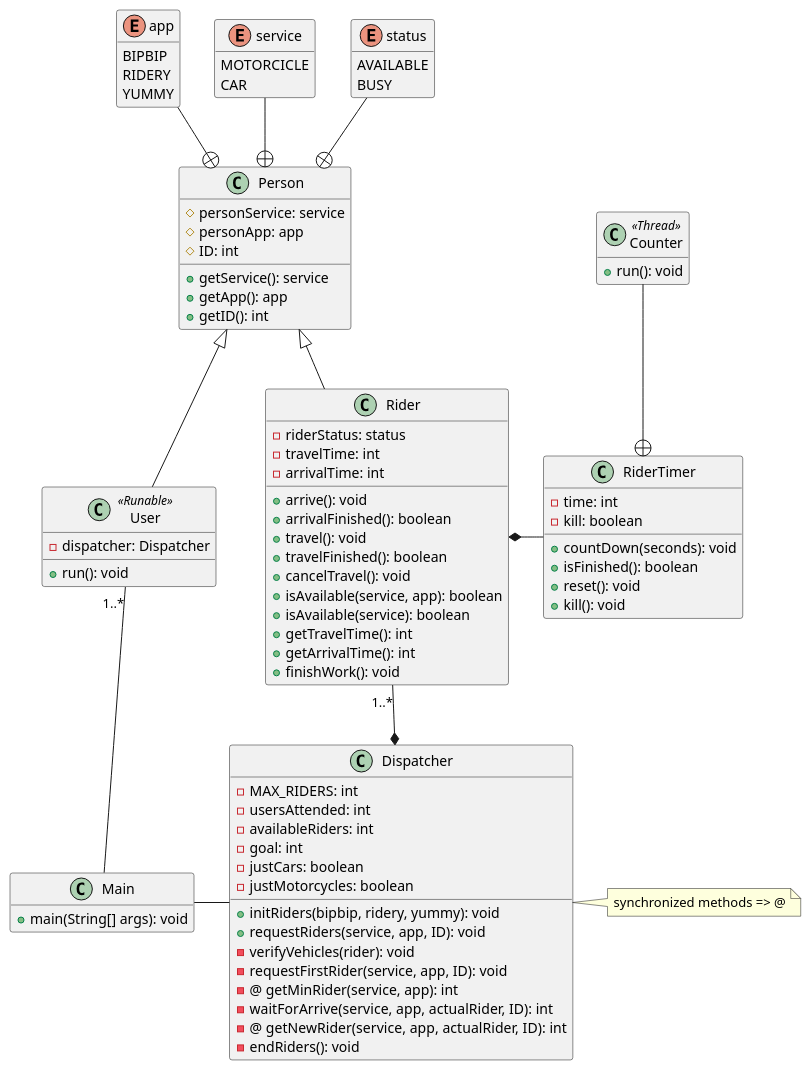
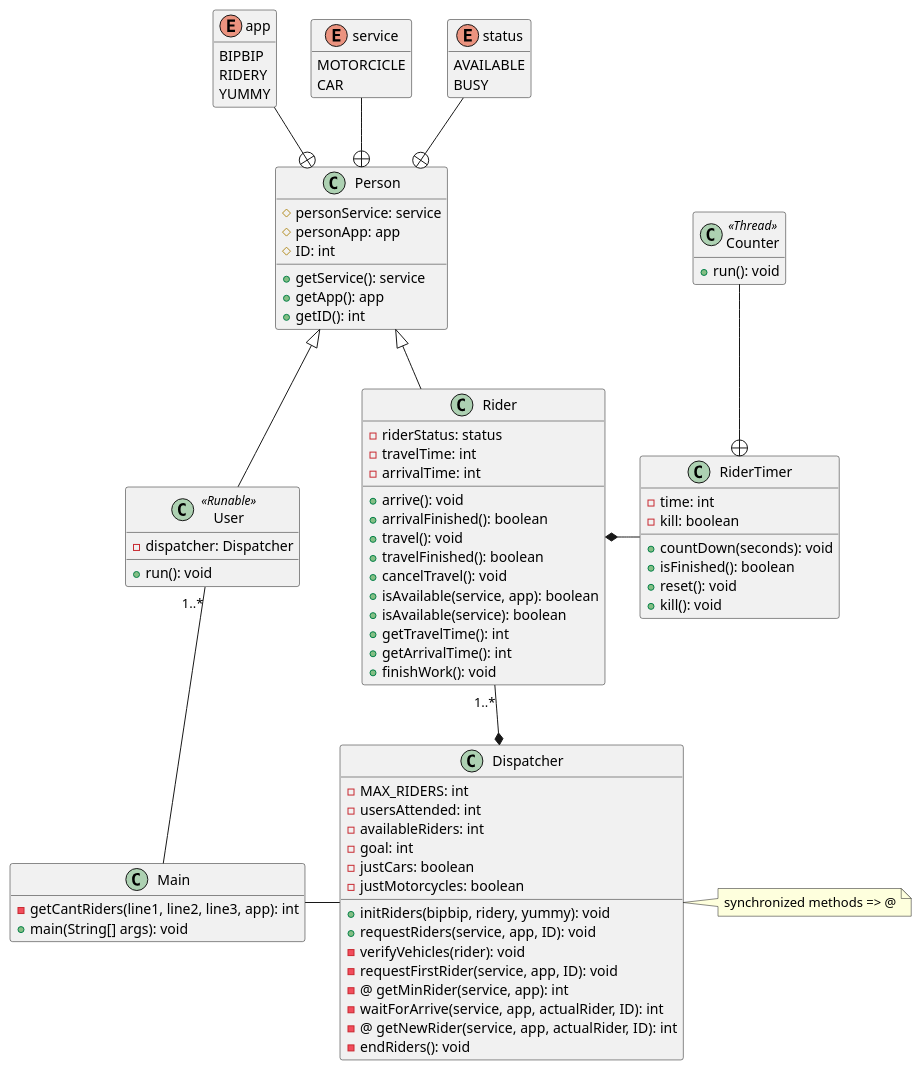
The diagram in docs/ClassDiagram.plantuml (MiguelCiav/Riders_attack), drawn with PlantUML before and after one commit. The commit also changed 3 other files, not shown here.

```diff
--- a/docs/ClassDiagram.plantuml
+++ b/docs/ClassDiagram.plantuml
@@ -1,101 +1,102 @@
 @startuml Riders_attack
 hide empty members
 
 enum status {
     AVAILABLE
     BUSY
 }
 
 enum service {
     MOTORCICLE
     CAR
 }
 
 enum app {
     BIPBIP
     RIDERY
     YUMMY
 }
 
 class Person {
     #personService: service
     #personApp: app
     #ID: int
     +getService(): service
     +getApp(): app
     +getID(): int
 }
 
 class Rider {
     -riderStatus: status
     -travelTime: int
     -arrivalTime: int
     +arrive(): void
     +arrivalFinished(): boolean
     +travel(): void
     +travelFinished(): boolean
     +cancelTravel(): void
     +isAvailable(service, app): boolean
     +isAvailable(service): boolean
     +getTravelTime(): int
     +getArrivalTime(): int
     +finishWork(): void
 }
 
 class User <<Runable>>{
     -dispatcher: Dispatcher
     +run(): void
 }
 
 class RiderTimer {
     -time: int
     -kill: boolean
     +countDown(seconds): void
     +isFinished(): boolean
     +reset(): void
     +kill(): void
 }
 
 class Counter <<Thread>> {
     +run(): void
 }
 
 class Dispatcher {
     -MAX_RIDERS: int
     -usersAttended: int
     -availableRiders: int
     -goal: int
     -justCars: boolean
     -justMotorcycles: boolean
     +initRiders(bipbip, ridery, yummy): void
     +requestRiders(service, app, ID): void
     -verifyVehicles(rider): void
     -requestFirstRider(service, app, ID): void
     -@ getMinRider(service, app): int
     -waitForArrive(service, app, actualRider, ID): int
     -@ getNewRider(service, app, actualRider, ID): int
     -endRiders(): void
 }
 
 class Main {
+    -getCantRiders(line1, line2, line3, app): int
     +main(String[] args): void
 }
 
 note right of Dispatcher
     synchronized methods => @
 end note
 
 Main - Dispatcher
 Main -u- "1..*" User
 Dispatcher *-u- "1..*" Rider
 Counter -d-+ RiderTimer
 RiderTimer -l-* Rider
 Rider -u-|> Person
 User -u-|> Person
 status -[hidden]l- service
 service -[hidden]l- app
 Person +-u- app
 Person +-u- service
 Person +-u- status 
 
 @enduml
```
